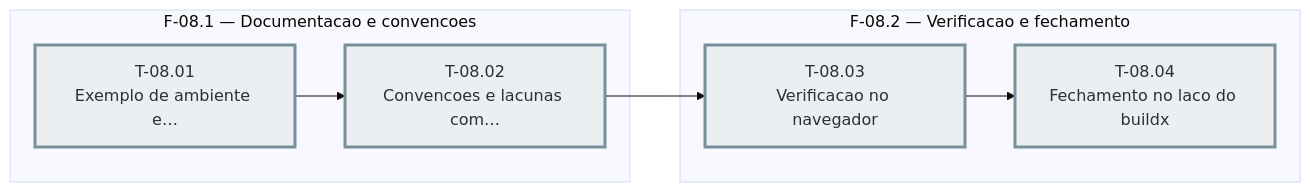
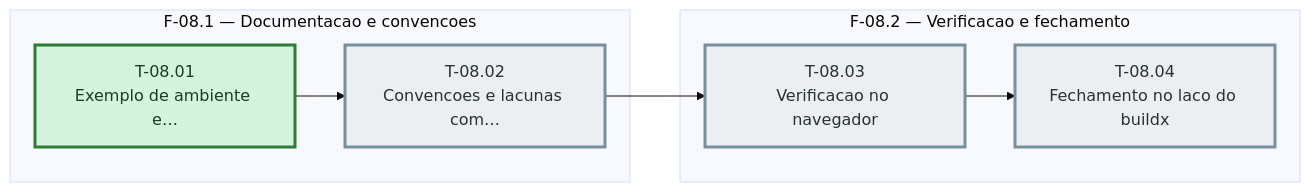
The diagram in docs/operacao-e-backup/sprint-08/fases.md (bittencourtthulio/converse-chatbot), drawn with Mermaid (base theme) before and after one commit. The commit also changed other lines of this file and 5 other files, not shown here.

````diff
--- a/docs/operacao-e-backup/sprint-08/fases.md
+++ b/docs/operacao-e-backup/sprint-08/fases.md
@@ -31,27 +31,27 @@
 ```mermaid
 %% Grafo de tasks — sprint-08 — gerado pela sprintx a partir de tasks.md
 flowchart LR
   subgraph fase_08_1["F-08.1 — Documentacao e convencoes"]
     T_08_01["T-08.01<br/>Exemplo de ambiente e…"]
     T_08_02["T-08.02<br/>Convencoes e lacunas com…"]
   end
   subgraph fase_08_2["F-08.2 — Verificacao e fechamento"]
     T_08_03["T-08.03<br/>Verificacao no navegador"]
     T_08_04["T-08.04<br/>Fechamento no laco do buildx"]
   end
   T_08_01 --> T_08_02
   T_08_02 --> T_08_03
   T_08_03 --> T_08_04
 
   classDef concluida fill:#d4f4dd,stroke:#2e7d32,color:#1b3d20
   classDef andamento fill:#fff3cd,stroke:#b8860b,color:#4a3800
   classDef bloqueada fill:#f8d7da,stroke:#c62828,color:#4a1d1f
   classDef pendente  fill:#eceff1,stroke:#78909c,color:#263238
   classDef critico   stroke-width:3px
 
-  class T_08_01 pendente
+  class T_08_01 concluida
   class T_08_02 pendente
   class T_08_03 pendente
   class T_08_04 pendente
   class T_08_04,T_08_03,T_08_02,T_08_01 critico
 ```
````
